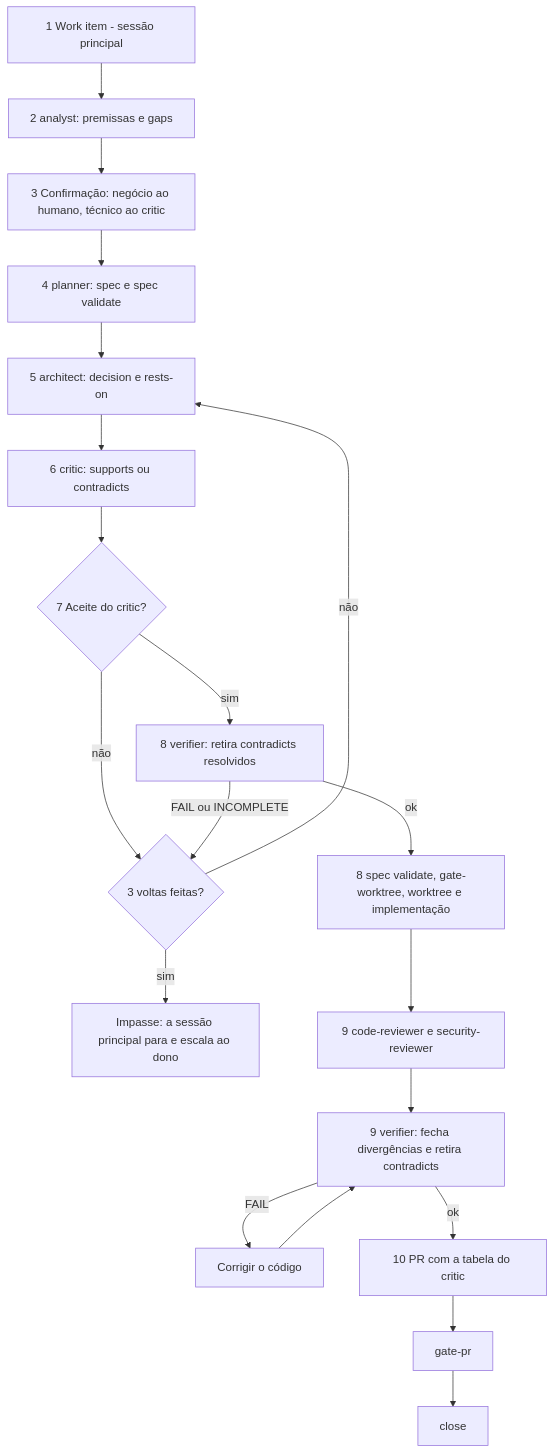
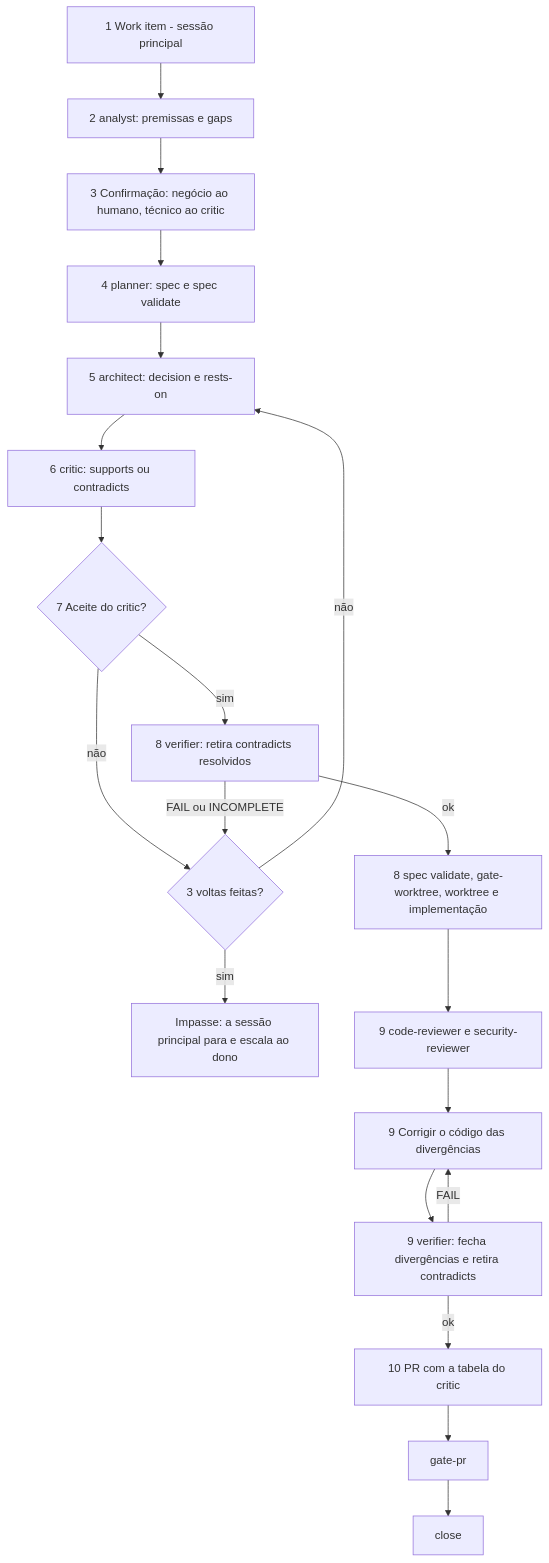
One commit to gabrielh-silvestre/oh-my-hexflow changed the diagram in docs/directives-flow.md. Above: the diagram before and after it, drawn with Mermaid. The commit also changed other lines of this file and 1 other file, not shown here.

Commit message:
docs(omhl): align the cycle diagram and the hook limits with the review

````diff
--- a/docs/directives-flow.md
+++ b/docs/directives-flow.md
@@ -693,22 +693,22 @@
 ```mermaid
 flowchart TD
   P1["1 Work item - sessão principal"] --> P2["2 analyst: premissas e gaps"]
   P2 --> P3["3 Confirmação: negócio ao humano, técnico ao critic"]
   P3 --> P4["4 planner: spec e spec validate"]
   P4 --> P5["5 architect: decision e rests-on"]
   P5 --> P6["6 critic: supports ou contradicts"]
   P6 --> P7{"7 Aceite do critic?"}
   P7 -- "sim" --> P8A["8 verifier: retira contradicts resolvidos"]
   P7 -- "não" --> LIM{"3 voltas feitas?"}
   P8A -- "FAIL ou INCOMPLETE" --> LIM
   LIM -- "não" --> P5
   LIM -- "sim" --> ESC["Impasse: a sessão principal para e escala ao dono"]
   P8A -- "ok" --> P8B["8 spec validate, gate-worktree, worktree e implementação"]
   P8B --> P9["9 code-reviewer e security-reviewer"]
-  P9 --> V9["9 verifier: fecha divergências e retira contradicts"]
-  V9 -- "FAIL" --> FIX["Corrigir o código"]
-  FIX --> V9
+  P9 --> FIX0["9 Corrigir o código das divergências"]
+  FIX0 --> V9["9 verifier: fecha divergências e retira contradicts"]
+  V9 -- "FAIL" --> FIX0
   V9 -- "ok" --> P10["10 PR com a tabela do critic"]
   P10 --> GP["gate-pr"]
   GP --> CL["close"]
 ```
````
